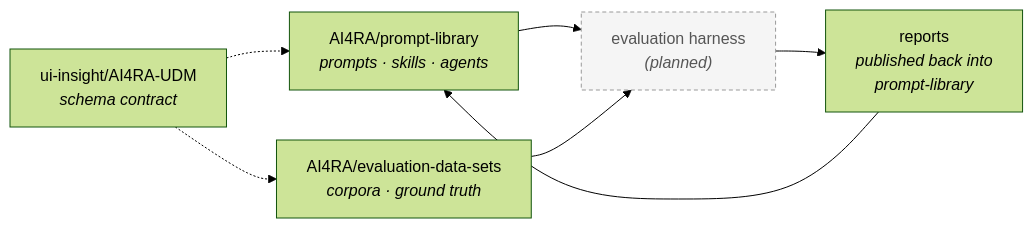
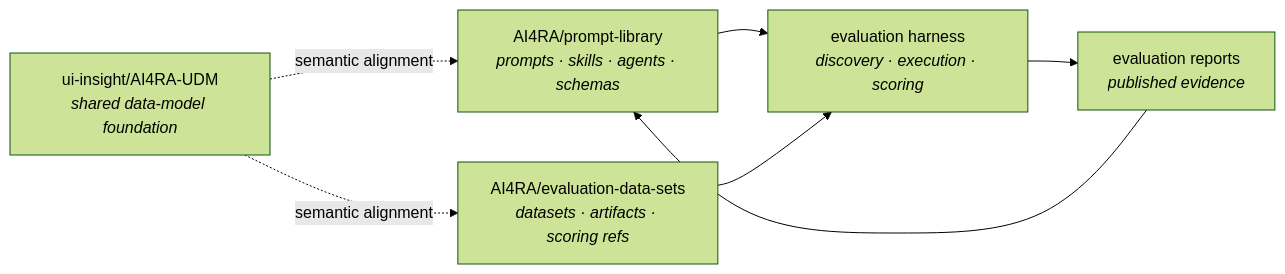
Before and after one commit to AI4RA/prompt-library: the diagram in docs/ecosystem.md, drawn with Mermaid (forest theme). The commit also changed other lines of this file and 31 other files, not shown here.

Commit message:
Align prompt-library with triad contract catalog

````diff
--- a/docs/ecosystem.md
+++ b/docs/ecosystem.md
@@ -7,18 +7,15 @@
 ```mermaid
 flowchart LR
-    PL["AI4RA/prompt-library<br/><i>prompts &middot; skills &middot; agents</i>"]
-    DS["AI4RA/evaluation-data-sets<br/><i>corpora &middot; ground truth</i>"]
-    UDM["ui-insight/AI4RA-UDM<br/><i>schema contract</i>"]
-    HARNESS["evaluation harness<br/><i>(planned)</i>"]
-    REPORTS["reports<br/><i>published back into<br/>prompt-library</i>"]
+    PL["AI4RA/prompt-library<br/><i>prompts · skills · agents · schemas</i>"]
+    DS["AI4RA/evaluation-data-sets<br/><i>datasets · artifacts · scoring refs</i>"]
+    HARNESS["evaluation harness<br/><i>discovery · execution · scoring</i>"]
+    UDM["ui-insight/AI4RA-UDM<br/><i>shared data-model foundation</i>"]
+    REPORTS["evaluation reports<br/><i>published evidence</i>"]
 
     PL --> HARNESS
     DS --> HARNESS
-    UDM -.-> PL
-    UDM -.-> DS
+    UDM -. semantic alignment .-> PL
+    UDM -. semantic alignment .-> DS
     HARNESS --> REPORTS
     REPORTS --> PL
-
-    classDef planned fill:#f5f5f5,stroke:#999,stroke-dasharray:4 3,color:#555;
-    class HARNESS planned;
 ```
````
